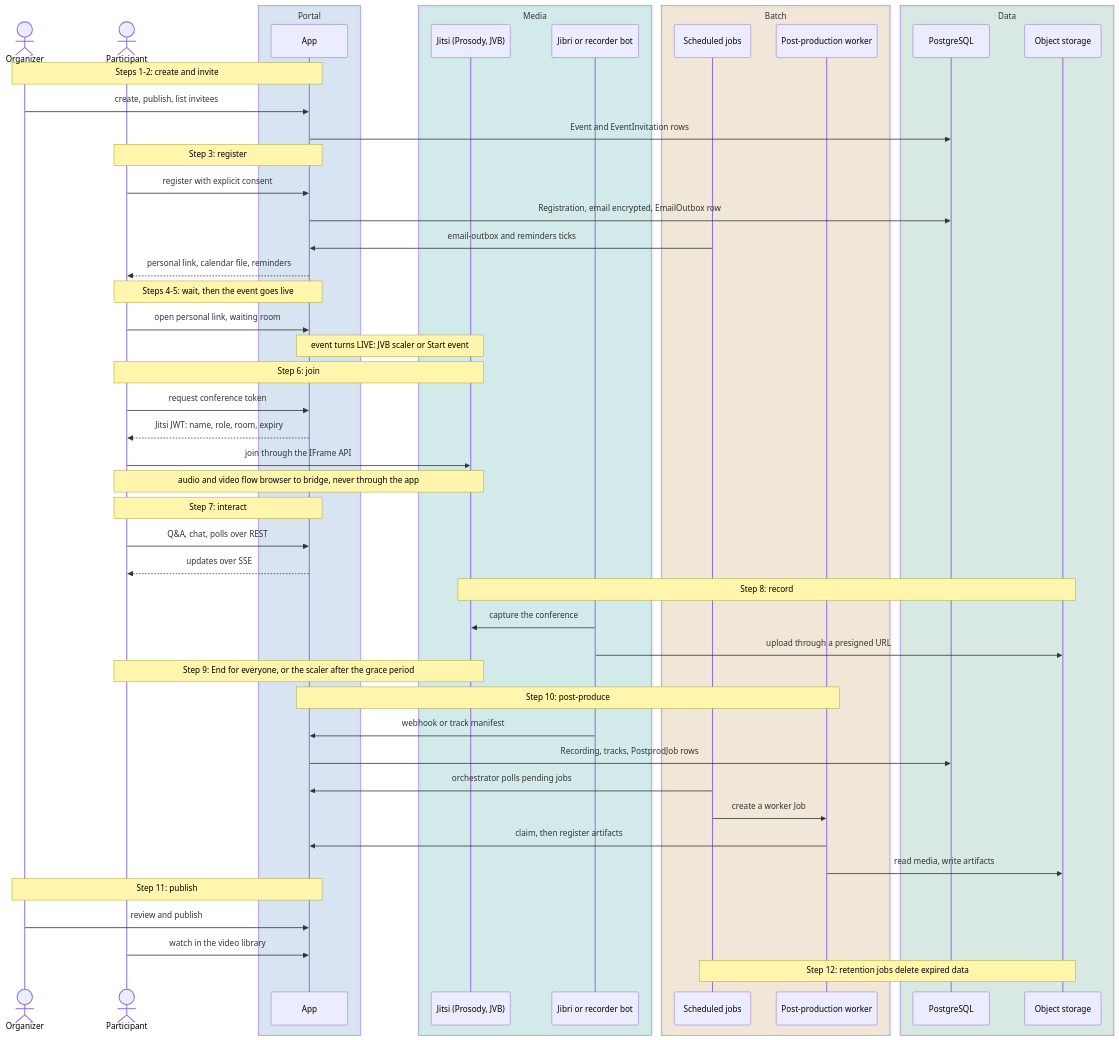
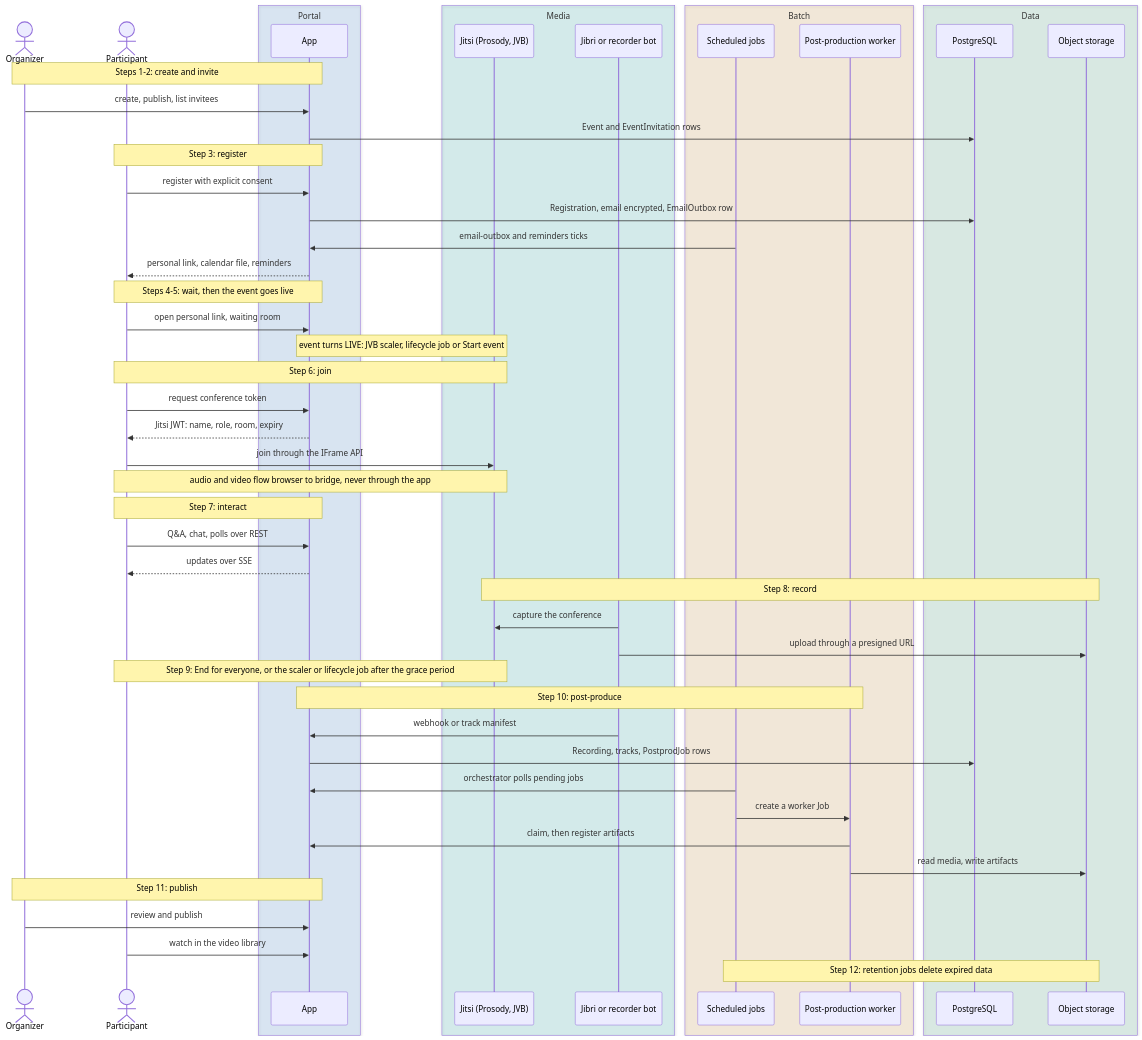
One commit to italia/pa-webinar changed the fourth of 4 diagrams in docs/ARCHITECTURE.md. Above: the diagram before and after it, drawn with Mermaid. The commit also changed other lines of this file and 45 other files, not shown here.

````diff
--- a/docs/ARCHITECTURE.md
+++ b/docs/ARCHITECTURE.md
@@ -276,55 +276,55 @@
 ```mermaid
 sequenceDiagram
   actor ORG as Organizer
   actor PT as Participant
   box rgba(0,102,204,0.12) Portal
     participant APP as App
   end
   box rgba(0,163,163,0.14) Media
     participant JIT as Jitsi (Prosody, JVB)
     participant CAP as Jibri or recorder bot
   end
   box rgba(204,122,0,0.12) Batch
     participant JOB as Scheduled jobs
     participant WRK as Post-production worker
   end
   box rgba(0,128,85,0.12) Data
     participant DB as PostgreSQL
     participant OBJ as Object storage
   end
 
   Note over ORG,APP: Steps 1-2: create and invite
   ORG->>APP: create, publish, list invitees
   APP->>DB: Event and EventInvitation rows
   Note over PT,APP: Step 3: register
   PT->>APP: register with explicit consent
   APP->>DB: Registration, email encrypted, EmailOutbox row
   JOB->>APP: email-outbox and reminders ticks
   APP-->>PT: personal link, calendar file, reminders
   Note over PT,APP: Steps 4-5: wait, then the event goes live
   PT->>APP: open personal link, waiting room
-  Note over APP,JIT: event turns LIVE: JVB scaler or Start event
+  Note over APP,JIT: event turns LIVE: JVB scaler, lifecycle job or Start event
   Note over PT,JIT: Step 6: join
   PT->>APP: request conference token
   APP-->>PT: Jitsi JWT: name, role, room, expiry
   PT->>JIT: join through the IFrame API
   Note over PT,JIT: audio and video flow browser to bridge, never through the app
   Note over PT,APP: Step 7: interact
   PT->>APP: Q&A, chat, polls over REST
   APP-->>PT: updates over SSE
   Note over JIT,OBJ: Step 8: record
   CAP->>JIT: capture the conference
   CAP->>OBJ: upload through a presigned URL
-  Note over PT,JIT: Step 9: End for everyone, or the scaler after the grace period
+  Note over PT,JIT: Step 9: End for everyone, or the scaler or lifecycle job after the grace period
   Note over APP,WRK: Step 10: post-produce
   CAP->>APP: webhook or track manifest
   APP->>DB: Recording, tracks, PostprodJob rows
   JOB->>APP: orchestrator polls pending jobs
   JOB->>WRK: create a worker Job
   WRK->>APP: claim, then register artifacts
   WRK->>OBJ: read media, write artifacts
   Note over ORG,APP: Step 11: publish
   ORG->>APP: review and publish
   PT->>APP: watch in the video library
   Note over JOB,OBJ: Step 12: retention jobs delete expired data
 ```
````
